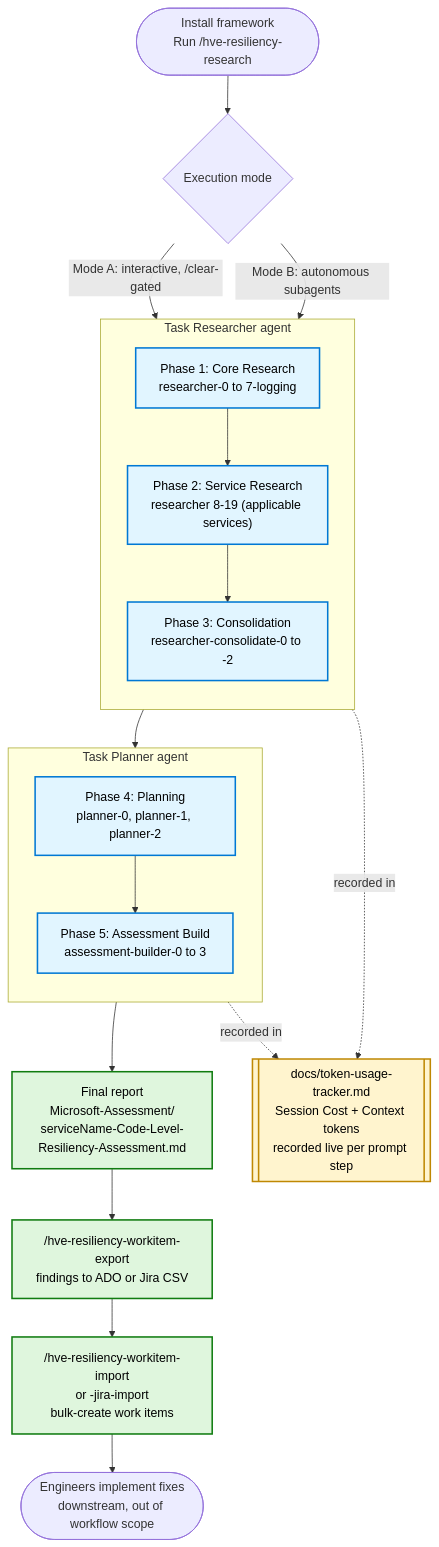
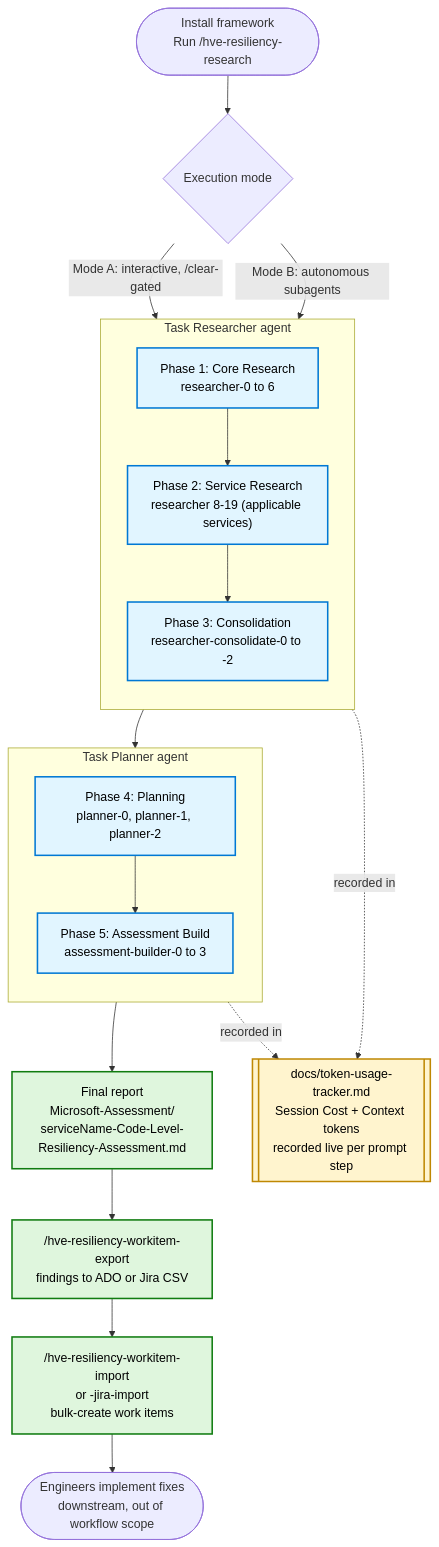
One commit to venkatramanagyambavantha-code/HVE-Resiliency changed the first of 2 diagrams in docs/telemetry-report-workflow.md. Above: the diagram before and after it, drawn with Mermaid. The commit also changed 29 other files, not shown here.

First line of the commit message:
Remove the Prompt 7 Logging researcher pipeline

````diff
--- a/docs/telemetry-report-workflow.md
+++ b/docs/telemetry-report-workflow.md
@@ -56,39 +56,39 @@
 ```mermaid
 flowchart TD
     START([Install framework<br/>Run /hve-resiliency-research]) --> MODE{Execution mode}
     MODE -- "Mode A: interactive, /clear-gated" --> P1
     MODE -- "Mode B: autonomous subagents" --> P1
 
     subgraph RESEARCH [Task Researcher agent]
         direction TB
-        P1["Phase 1: Core Research<br/>researcher-0 to 7-logging"]
+        P1["Phase 1: Core Research<br/>researcher-0 to 6"]
         P2["Phase 2: Service Research<br/>researcher 8-19 (applicable services)"]
         P3["Phase 3: Consolidation<br/>researcher-consolidate-0 to -2"]
         P1 --> P2 --> P3
     end
 
     subgraph PLAN [Task Planner agent]
         direction TB
         P4["Phase 4: Planning<br/>planner-0, planner-1, planner-2"]
         P5["Phase 5: Assessment Build<br/>assessment-builder-0 to 3"]
         P4 --> P5
     end
 
     P3 --> P4
     P5 --> REPORT["Final report<br/>Microsoft-Assessment/<br/>serviceName-Code-Level-Resiliency-Assessment.md"]
 
     REPORT --> EXPORT["/hve-resiliency-workitem-export<br/>findings to ADO or Jira CSV"]
     EXPORT --> IMPORT["/hve-resiliency-workitem-import<br/>or -jira-import<br/>bulk-create work items"]
     IMPORT --> REMEDIATE([Engineers implement fixes<br/>downstream, out of workflow scope])
 
     TRACK[["docs/token-usage-tracker.md<br/>Session Cost + Context tokens<br/>recorded live per prompt step"]]
     RESEARCH -.recorded in.-> TRACK
     PLAN -.recorded in.-> TRACK
 
     classDef phase fill:#e1f5ff,stroke:#0078d4,stroke-width:2px,color:#000
     classDef out fill:#dff6dd,stroke:#107c10,stroke-width:2px,color:#000
     classDef track fill:#fff4ce,stroke:#bf8803,stroke-width:2px,color:#000
     class P1,P2,P3,P4,P5 phase
     class REPORT,EXPORT,IMPORT out
     class TRACK track
 ```
````
